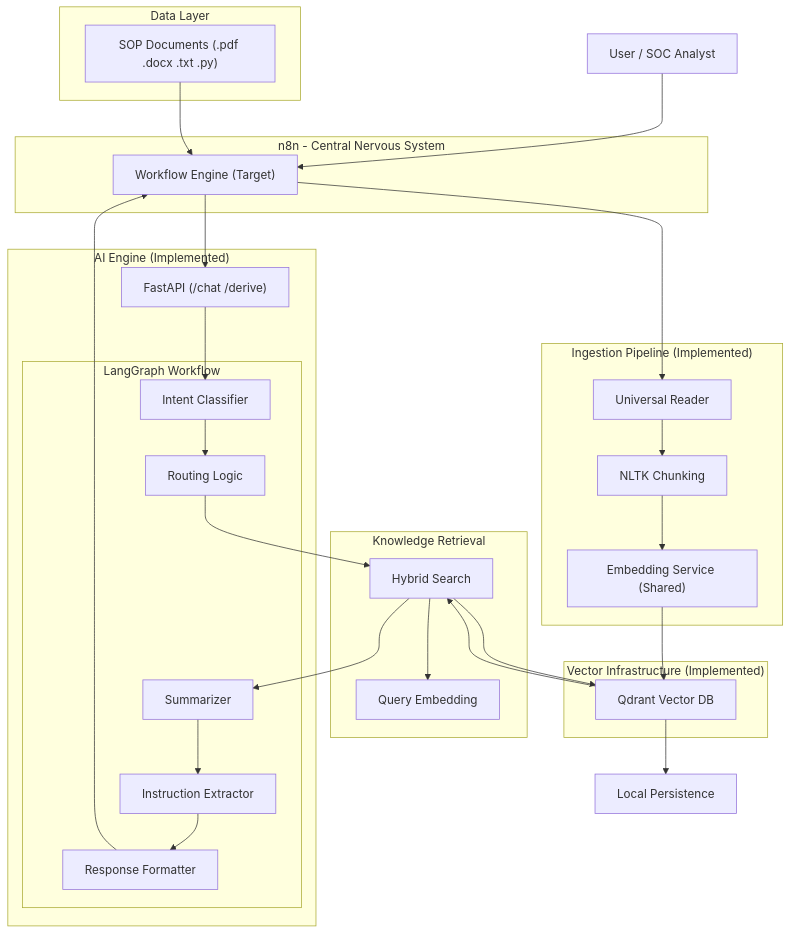
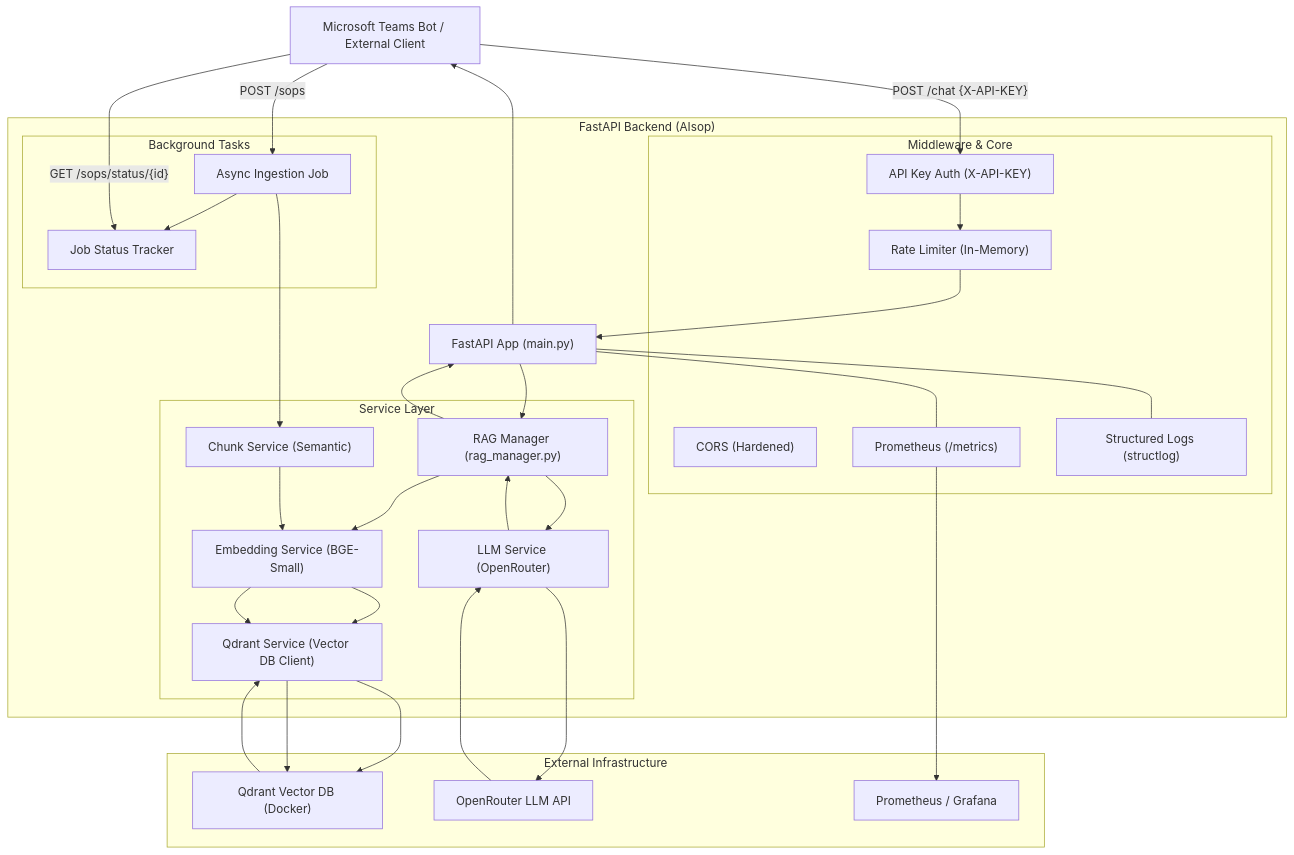
The diagram in ARCHITECTURE.md (omkartalathi16-byte/AIsop.backend), drawn with Mermaid before and after one commit. The commit also changed other lines of this file and 33 other files, not shown here.

Commit message:
Update project files and SOP documents

````diff
--- a/ARCHITECTURE.md
+++ b/ARCHITECTURE.md
@@ -7,71 +7,69 @@
 ```mermaid
 graph TD
 
-%% ================= USER LAYER =================
-User["User / SOC Analyst"]
+%% ================= CLIENT LAYER =================
+Client["Microsoft Teams Bot / External Client"]
 
-%% ================= ORCHESTRATION =================
-subgraph Orchestration ["n8n - Central Nervous System"]
-    n8n["Workflow Engine (Target)"]
-end
+%% ================= BACKEND LAYER =================
+subgraph Backend ["FastAPI Backend (AIsop)"]
+    API["FastAPI App (main.py)"]
 
-%% ================= DATA SOURCE =================
-subgraph Data_Source ["Data Layer"]
-    Files["SOP Documents (.pdf .docx .txt .py)"]
-end
+    subgraph Middleware ["Middleware & Core"]
+        Auth["API Key Auth (X-API-KEY)"]
+        RateLimit["Rate Limiter (In-Memory)"]
+        CORS["CORS (Hardened)"]
+        Metrics["Prometheus (/metrics)"]
+        Logs["Structured Logs (structlog)"]
+    end
 
-%% ================= INGESTION =================
-subgraph Ingestion ["Ingestion Pipeline (Implemented)"]
-    Reader["Universal Reader"]
-    Chunker["NLTK Chunking"]
-    Embed_I["Embedding Service (Shared)"]
-end
+    subgraph Services ["Service Layer"]
+        RAG["RAG Manager (rag_manager.py)"]
+        LLM["LLM Service (OpenRouter)"]
+        Qdrant["Qdrant Service (Vector DB Client)"]
+        Embed["Embedding Service (BGE-Small)"]
+        Chunk["Chunk Service (Semantic)"]
+    end
 
-%% ================= AI CORE =================
-subgraph AI_Core ["AI Engine (Implemented)"]
-    API["FastAPI (/chat /derive)"]
-
-    subgraph LangGraph ["LangGraph Workflow"]
-        Intent["Intent Classifier"]
-        Logic["Routing Logic"]
-        Summ["Summarizer"]
-        Extract["Instruction Extractor"]
-        Format["Response Formatter"]
+    subgraph Workers ["Background Tasks"]
+        IngestJob["Async Ingestion Job"]
+        StatusTracker["Job Status Tracker"]
     end
 end
 
-%% ================= RETRIEVAL =================
-subgraph Retrieval ["Knowledge Retrieval"]
-    Hybrid["Hybrid Search"]
-    Embed_Q["Query Embedding"]
-end
-
-%% ================= VECTOR INFRA =================
-subgraph Infra ["Vector Infrastructure (Implemented)"]
-    Qdrant["Qdrant Vector DB"]
+%% ================= INFRASTRUCTURE =================
+subgraph Infra ["External Infrastructure"]
+    QDB["Qdrant Vector DB (Docker)"]
+    OpenRouter["OpenRouter LLM API"]
+    Prom["Prometheus / Grafana"]
 end
 
 %% ================= QUERY FLOW =================
-User --> n8n
-n8n --> API
-API --> Intent
-Intent --> Logic
-Logic --> Hybrid
-Hybrid --> Embed_Q
-Hybrid --> Qdrant
-Qdrant --> Hybrid
-Hybrid --> Summ
-Summ --> Extract
-Extract --> Format
-Format --> n8n
+Client -->|"POST /chat {X-API-KEY}"| Auth
+Auth --> RateLimit
+RateLimit --> API
+API --> RAG
+RAG --> Embed
+Embed --> Qdrant
+Qdrant --> QDB
+QDB --> Qdrant
+RAG --> LLM
+LLM --> OpenRouter
+OpenRouter --> LLM
+LLM --> RAG
+RAG --> API
+API --> Client
 
 %% ================= INGESTION FLOW =================
-Files --> n8n
-n8n --> Reader
-Reader --> Chunker
-Chunker --> Embed_I
-Embed_I --> Qdrant
+Client -->|"POST /sops"| IngestJob
+IngestJob --> Chunk
+Chunk --> Embed
+Embed --> Qdrant
+Qdrant --> QDB
+IngestJob --> StatusTracker
+Client -->|"GET /sops/status/{id}"| StatusTracker
 
-%% ================= INFRA LINKS =================
-Qdrant --> Volumes["Local Persistence"]
+%% ================= OBSERVABILITY =================
+API --- Metrics
+API --- Logs
+Metrics --> Prom
 ```
````
